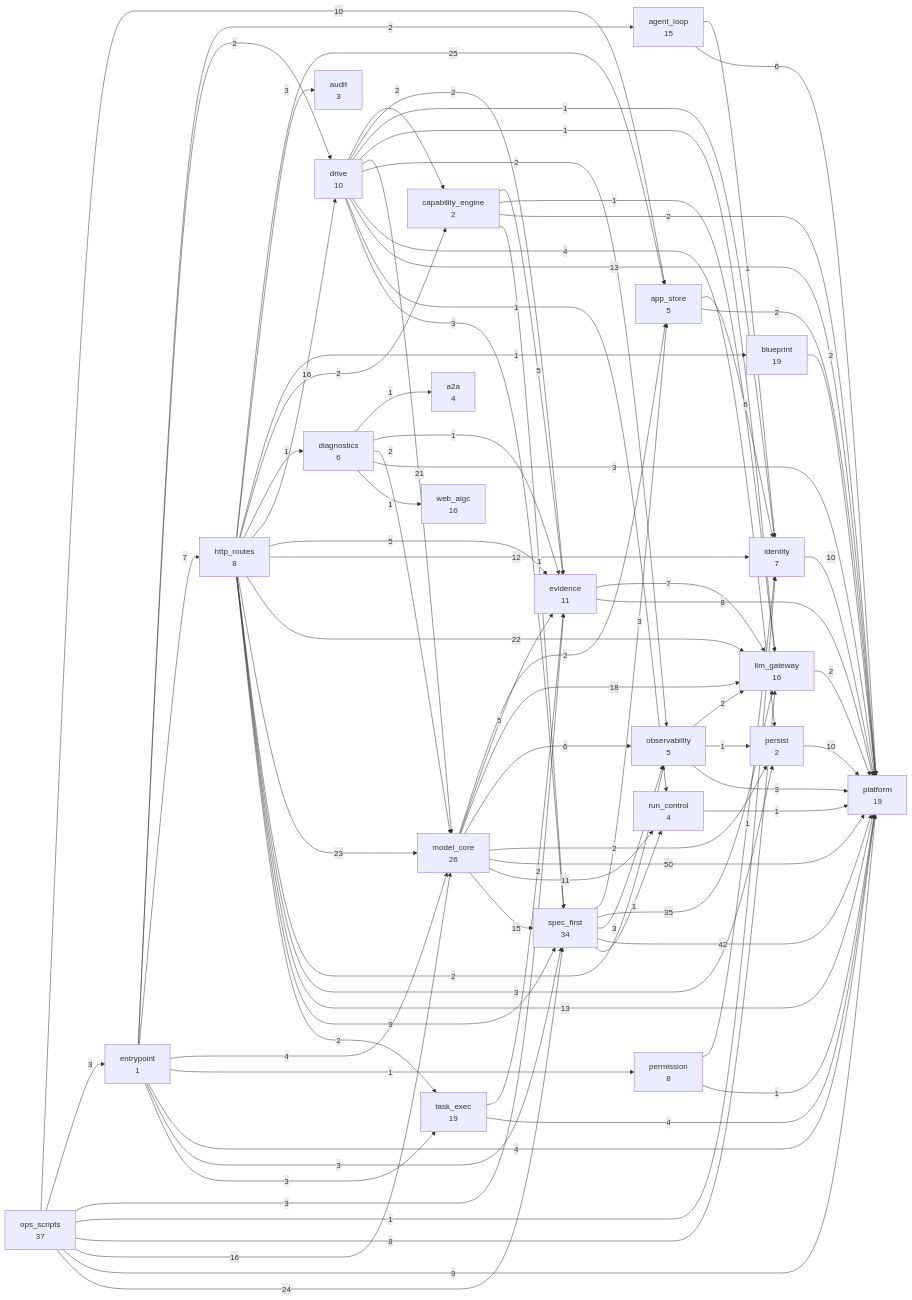
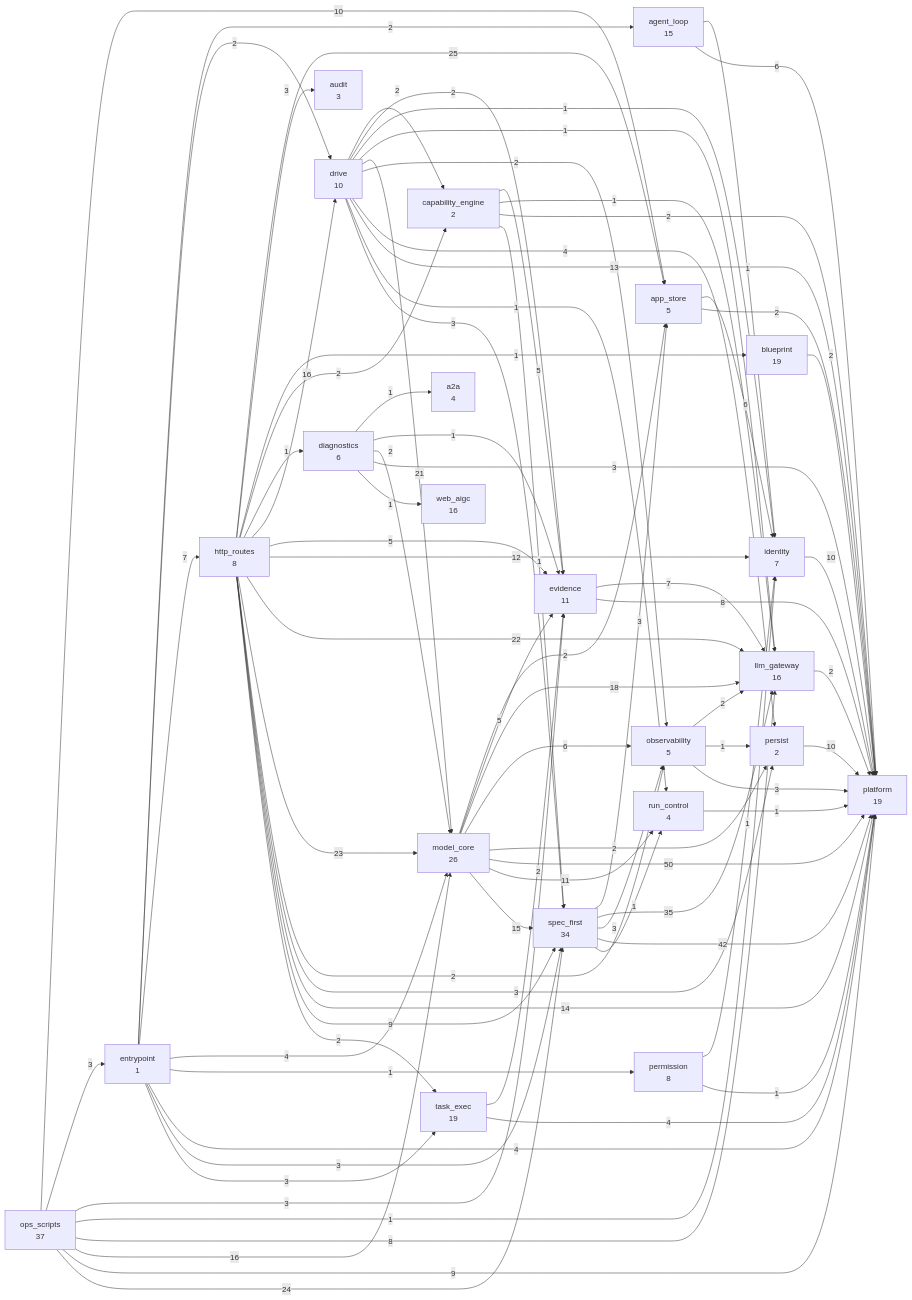
Before and after one commit to 2686521696/WhyBuddy: the second of 2 diagrams in docs/SlideRule V6.2 架构图（自动生成）.md, drawn with Mermaid. The commit also changed other lines of this file and 29 other files, not shown here.

```diff
--- a/docs/SlideRule V6.2 架构图（自动生成）.md
+++ b/docs/SlideRule V6.2 架构图（自动生成）.md
@@ -159,7 +159,7 @@
   http_routes -->|23| model_core
   http_routes -->|2| observability
   http_routes -->|3| persist
-  http_routes -->|13| platform
+  http_routes -->|14| platform
   http_routes -->|9| spec_first
   http_routes -->|2| task_exec
   identity -->|10| platform
```
